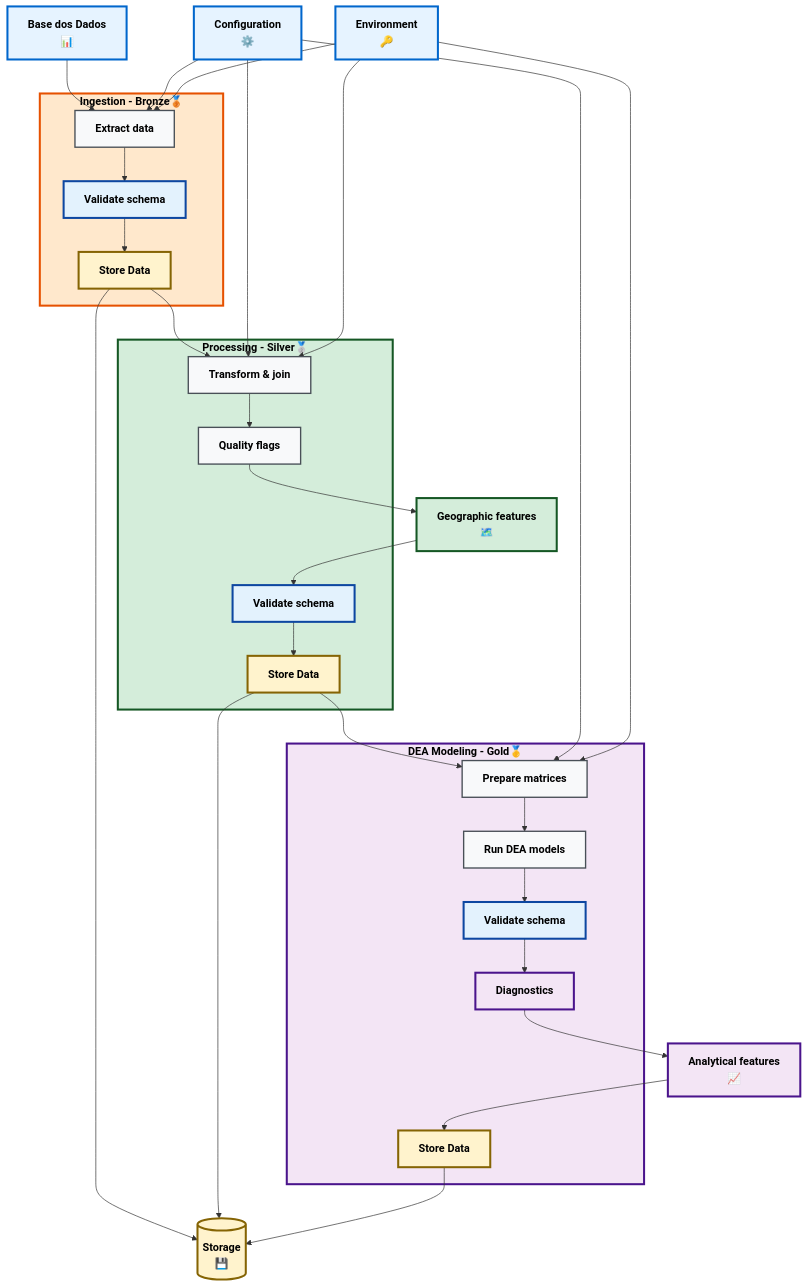
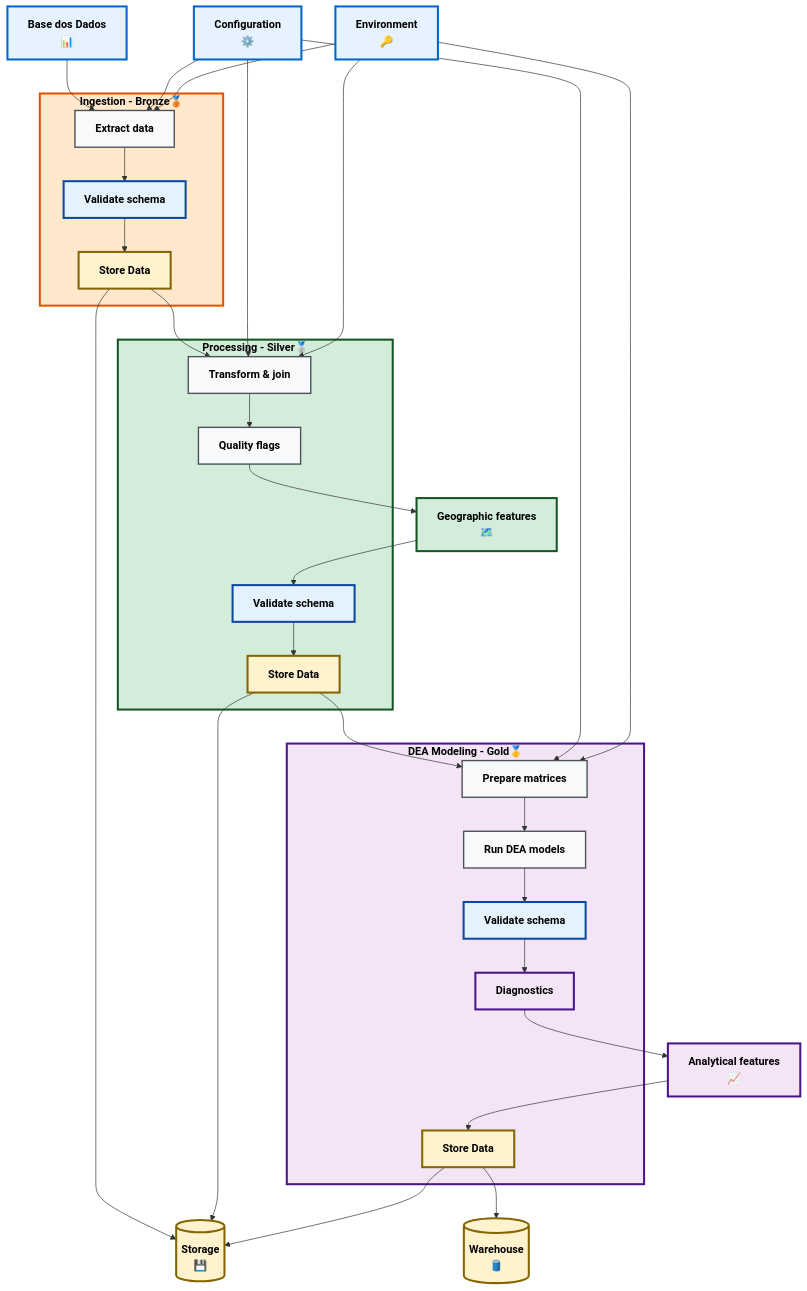
Before and after one commit to puffdapaz/DEApython: the diagram in project_diagram.md, drawn with Mermaid. The commit also changed 13 other files, not shown here.

Commit message:
minor adjustments, diagram-neon update

```diff
--- a/project_diagram.md
+++ b/project_diagram.md
@@ -10,12 +10,12 @@
   %% Colorblind-friendly palette with high contrast
   %% ======================
 classDef external fill:#E6F3FF,stroke:#0066CC,stroke-width:3px,color:#000000,font-weight:bold,text-align:center;
-    classDef bronze fill:#FFE8CC,stroke:#E65100,stroke-width:3px,color:#000000,font-weight:bold,text-align:center;
-    classDef silver fill:#D4EDDA,stroke:#155724,stroke-width:3px,color:#000000,font-weight:bold,text-align:center;
-    classDef gold fill:#F3E5F5,stroke:#4A148C,stroke-width:3px,color:#000000,font-weight:bold,text-align:center;
-    classDef validation fill:#E3F2FD,stroke:#0D47A1,stroke-width:3px,color:#000000,font-weight:bold,text-align:center;
-    classDef storage fill:#FFF3CD,stroke:#856404,stroke-width:3px,color:#000000,font-weight:bold,text-align:center;
-    classDef process fill:#F8F9FA,stroke:#495057,stroke-width:2px,color:#000000,font-weight:bold,text-align:center;
+classDef bronze fill:#FFE8CC,stroke:#E65100,stroke-width:3px,color:#000000,font-weight:bold,text-align:center;
+classDef silver fill:#D4EDDA,stroke:#155724,stroke-width:3px,color:#000000,font-weight:bold,text-align:center;
+classDef gold fill:#F3E5F5,stroke:#4A148C,stroke-width:3px,color:#000000,font-weight:bold,text-align:center;
+classDef validation fill:#E3F2FD,stroke:#0D47A1,stroke-width:3px,color:#000000,font-weight:bold,text-align:center;
+classDef storage fill:#FFF3CD,stroke:#856404,stroke-width:3px,color:#000000,font-weight:bold,text-align:center;
+classDef process fill:#F8F9FA,stroke:#495057,stroke-width:2px,color:#000000,font-weight:bold,text-align:center;
 
 
   %% ======================
@@ -61,6 +61,7 @@
   %% ======================
   ANALYTICS[Analytical features<br/>📈]
   STORAGE[(Storage<br/>💾)]
+  WAREHOUSE[(Warehouse<br/>🛢️)]
   MAPS[Geographic features<br/>🗺️]
 
   %% ======================
@@ -83,6 +84,7 @@
   B_SAVE --> STORAGE
   S_SAVE --> STORAGE
   G_SAVE --> STORAGE
+  G_SAVE --> WAREHOUSE
 
   %% ======================
   %% Class assignments
@@ -91,7 +93,7 @@
   class B_EXTRACT,B_SAVE,S_TRANSFORM,S_FLAGS,G_PREP,G_DEA process;
   class B_VALIDATE,S_VALIDATE,G_VALIDATE validation;
   class B_SAVE,S_SAVE,G_SAVE storage;
-  class STORAGE storage;
+  class STORAGE,WAREHOUSE storage;
   class MAPS silver;
   class ANALYTICS,G_DIAG gold;
   class BRONZE bronze;
```
